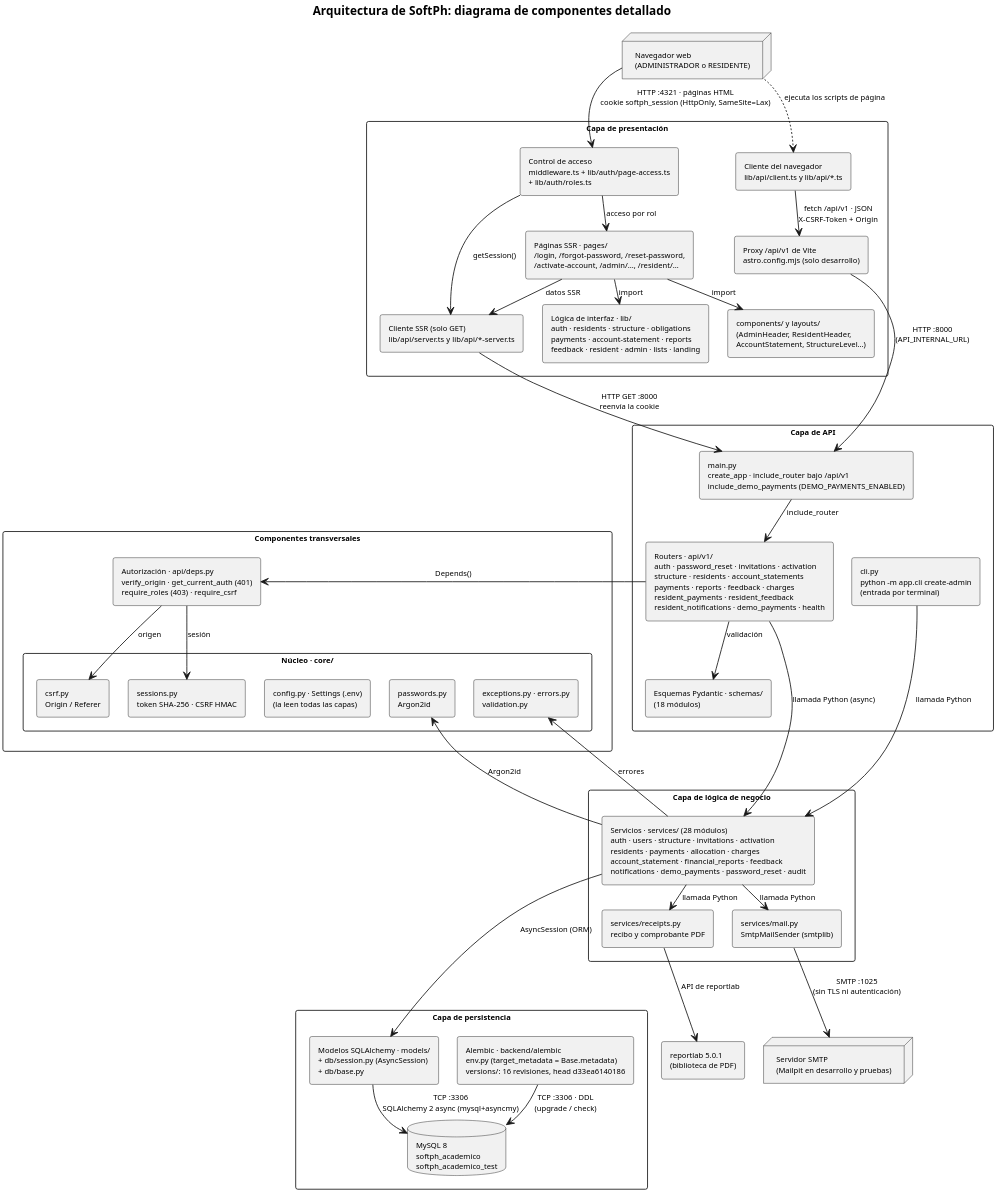
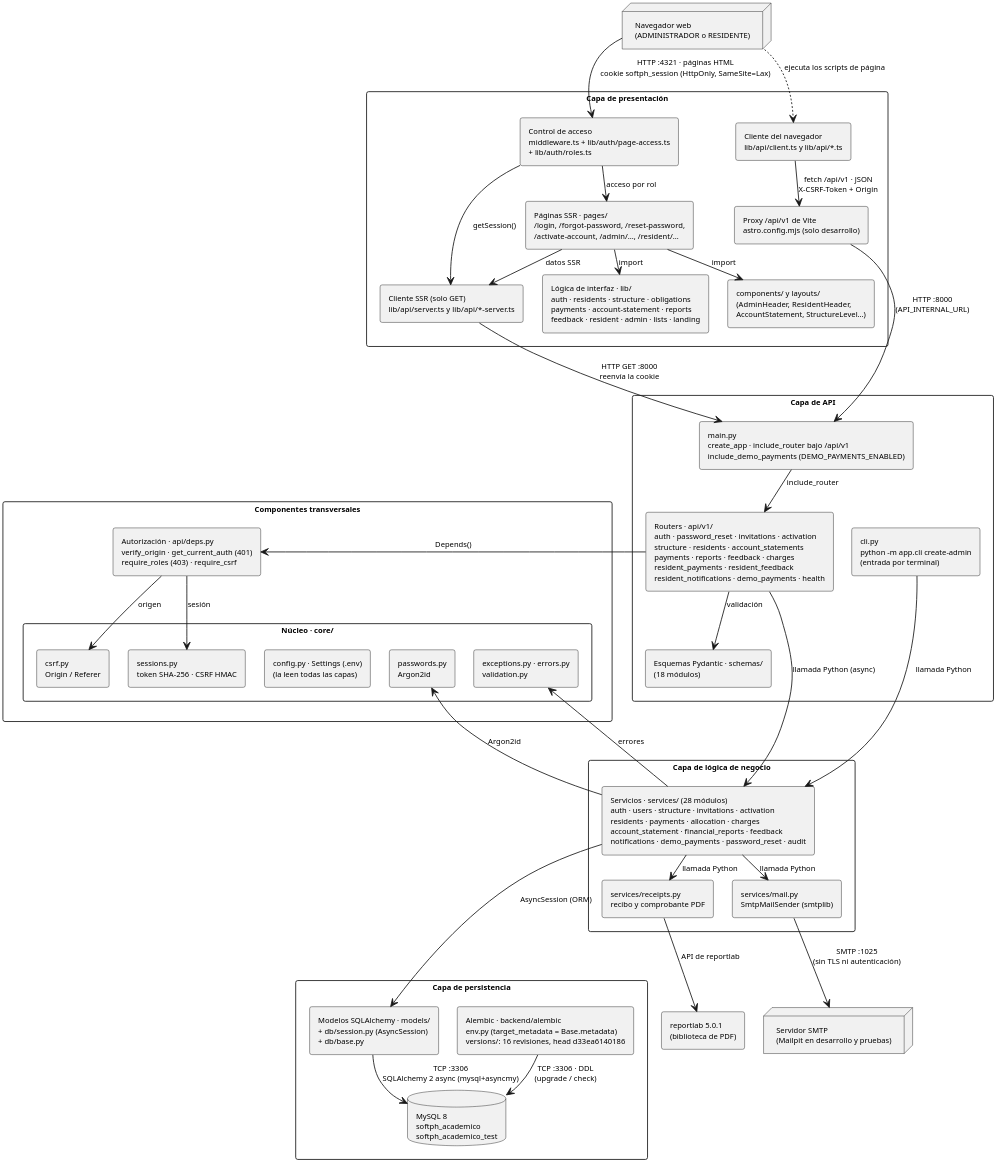
The diagram in docs/entrega-objetivos/arquitectura/componentes.puml (yilberDev/SoftPh-Academico), drawn with PlantUML before and after one commit. The commit also changed 69 other files, not shown here.

First line of the commit message:
docs(diagrams): drop titles and clear crossed labels

```diff
--- a/docs/entrega-objetivos/arquitectura/componentes.puml
+++ b/docs/entrega-objetivos/arquitectura/componentes.puml
@@ -1,95 +1,95 @@
 @startuml
 ' Diagrama de componentes UML detallado de SoftPh (anexo). Todos los nombres son carpetas o
 ' módulos reales del repositorio (versión v1.1-academico). Se lee de arriba abajo: cuatro capas y,
 ' a un lado, los componentes transversales; las flechas solo van hacia abajo o hacia ellos.
 ' Correspondencia: ../correspondencia.md (Anexo C); archivo y líneas: ../verificacion-arquitectura.md.
 skinparam dpi 300
 skinparam monochrome true
 skinparam backgroundColor white
 skinparam shadowing false
 skinparam defaultFontName Helvetica
 skinparam defaultFontSize 9
 skinparam componentStyle rectangle
 skinparam packageStyle rectangle
 skinparam nodesep 22
 skinparam ranksep 16
 top to bottom direction
 
-title Arquitectura de SoftPh: diagrama de componentes detallado
+' Título (no se dibuja; lo pone el pie de figura del informe): Arquitectura de SoftPh: diagrama de componentes detallado
 
 node "Navegador web\n(ADMINISTRADOR o RESIDENTE)" as navegador
 
 package "Capa de presentación" as pres {
   component "Control de acceso\nmiddleware.ts + lib/auth/page-access.ts\n+ lib/auth/roles.ts" as middleware
   component "Páginas SSR · pages/\n/login, /forgot-password, /reset-password,\n/activate-account, /admin/…, /resident/…" as pages
   component "components/ y layouts/\n(AdminHeader, ResidentHeader,\nAccountStatement, StructureLevel…)" as ui
   component "Lógica de interfaz · lib/\nauth · residents · structure · obligations\npayments · account-statement · reports\nfeedback · resident · admin · lists · landing" as libdom
   component "Cliente SSR (solo GET)\nlib/api/server.ts y lib/api/*-server.ts" as apiserver
   component "Cliente del navegador\nlib/api/client.ts y lib/api/*.ts" as apiclient
   component "Proxy /api/v1 de Vite\nastro.config.mjs (solo desarrollo)" as proxy
 }
 
 package "Capa de API" as apil {
   component "main.py\ncreate_app · include_router bajo /api/v1\ninclude_demo_payments (DEMO_PAYMENTS_ENABLED)" as main
   component "cli.py\npython -m app.cli create-admin\n(entrada por terminal)" as cli
   component "Routers · api/v1/\nauth · password_reset · invitations · activation\nstructure · residents · account_statements\npayments · reports · feedback · charges\nresident_payments · resident_feedback\nresident_notifications · demo_payments · health" as routers
   component "Esquemas Pydantic · schemas/\n(18 módulos)" as schemas
 }
 
 package "Capa de lógica de negocio" as biz {
   component "Servicios · services/ (28 módulos)\nauth · users · structure · invitations · activation\nresidents · payments · allocation · charges\naccount_statement · financial_reports · feedback\nnotifications · demo_payments · password_reset · audit" as services
   component "services/receipts.py\nrecibo y comprobante PDF" as receipts
   component "services/mail.py\nSmtpMailSender (smtplib)" as mail
 }
 
 package "Capa de persistencia" as pers {
   component "Modelos SQLAlchemy · models/\n+ db/session.py (AsyncSession)\n+ db/base.py" as models
   component "Alembic · backend/alembic\nenv.py (target_metadata = Base.metadata)\nversions/: 16 revisiones, head d33ea6140186" as alembic
   database "MySQL 8\nsoftph_academico\nsoftph_academico_test" as mysql
 }
 
 package "Componentes transversales" as trans {
   component "Autorización · api/deps.py\nverify_origin · get_current_auth (401)\nrequire_roles (403) · require_csrf" as deps
   package "Núcleo · core/" as core {
     component "config.py · Settings (.env)\n(la leen todas las capas)" as cconf
     component "sessions.py\ntoken SHA-256 · CSRF HMAC" as csess
     component "csrf.py\nOrigin / Referer" as ccsrf
     component "passwords.py\nArgon2id" as cpass
     component "exceptions.py · errors.py\nvalidation.py" as cexc
   }
 }
 
 component "reportlab 5.0.1\n(biblioteca de PDF)" as reportlab
 node "Servidor SMTP\n(Mailpit en desarrollo y pruebas)" as smtp
 
 navegador --> middleware : "HTTP :4321 · páginas HTML\ncookie softph_session (HttpOnly, SameSite=Lax)"
 navegador ..> apiclient : "ejecuta los scripts de página"
 middleware --> pages : "acceso por rol"
 middleware --> apiserver : "getSession()"
 pages --> ui : "import"
 pages --> libdom : "import"
 pages --> apiserver : "datos SSR"
 apiclient --> proxy : "fetch /api/v1 · JSON\nX-CSRF-Token + Origin"
 proxy --> main : "HTTP :8000\n(API_INTERNAL_URL)"
 apiserver --> main : "HTTP GET :8000\nreenvía la cookie"
 main --> routers : "include_router"
 routers --> schemas : "validación"
 routers -left-> deps : "Depends()"
 routers --> services : "llamada Python (async)"
 cli --> services : "llamada Python"
 deps --> csess : "sesión"
 deps --> ccsrf : "origen"
 services --> receipts : "llamada Python"
 services --> mail : "llamada Python"
 services -left-> cpass : "Argon2id"
 services -left-> cexc : "errores"
 receipts --> reportlab : "API de reportlab"
 mail --> smtp : "SMTP :1025\n(sin TLS ni autenticación)"
 services --> models : "AsyncSession (ORM)"
 models --> mysql : "TCP :3306\nSQLAlchemy 2 async (mysql+asyncmy)"
 alembic --> mysql : "TCP :3306 · DDL\n(upgrade / check)"
 ' Enlaces ocultos: solo fijan el orden vertical de las capas (no son comunicaciones).
 schemas -[hidden]-> services
 receipts -[hidden]-> alembic
 main -[hidden]-> cli
 @enduml
```
